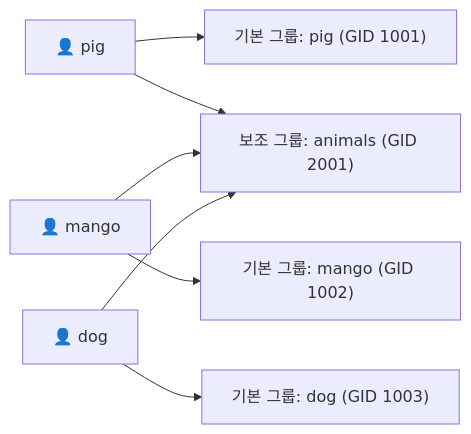
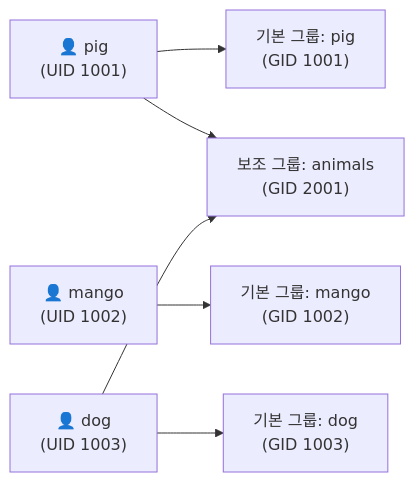
One commit to sbaek100/sbaek100.github.io changed the third of 5 diagrams in _posts/2026-03-06-Linux-3-1.md. Above: the diagram before and after it, drawn with Mermaid. The commit also changed other lines of this file and 2 other files, not shown here.

Commit message:
Update Linux week 3 Mermaid line breaks

````diff
--- a/_posts/2026-03-06-Linux-3-1.md
+++ b/_posts/2026-03-06-Linux-3-1.md
@@ -162,9 +282,8 @@
 ```mermaid
 flowchart LR
-    pig["👤 pig"] --> PG["기본 그룹: pig (GID 1001)"]
-    pig --> SG1["보조 그룹: animals (GID 2001)"]
-    mango["👤 mango"] --> PG2["기본 그룹: mango (GID 1002)"]
-    mango --> SG1
-    dog["👤 dog"] --> PG3["기본 그룹: dog (GID 1003)"]
+    pig["👤 pig<br/>(UID 1001)"] --> PG1["기본 그룹: pig<br/>(GID 1001)"]
+    pig --> SG1["보조 그룹: animals<br/>(GID 2001)"]
+    mango["👤 mango<br/>(UID 1002)"] --> PG2["기본 그룹: mango<br/>(GID 1002)"]
+    dog["👤 dog<br/>(UID 1003)"] --> PG3["기본 그룹: dog<br/>(GID 1003)"]
     dog --> SG1
 ```
````
